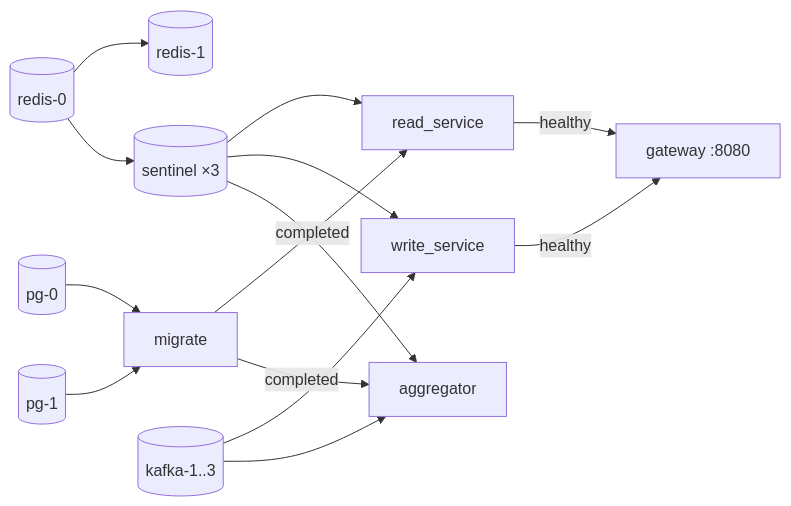
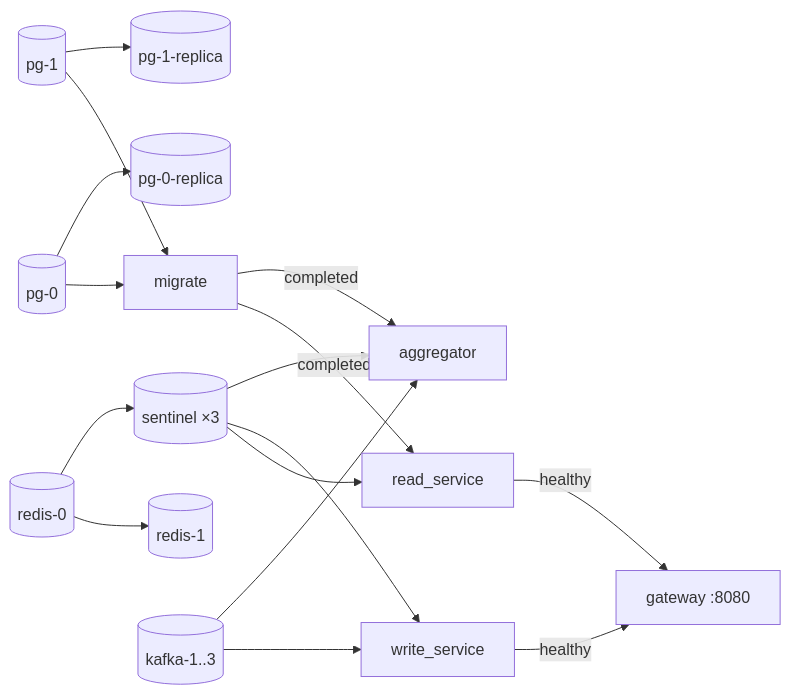
One commit to elitekbtu/highload-backend changed the eighth of 8 diagrams in sis2/README.md. Above: the diagram before and after it, drawn with Mermaid. The commit also changed other lines of this file and 18 other files, not shown here.

````diff
--- a/sis2/README.md
+++ b/sis2/README.md
@@ -269,12 +271,12 @@
 ```mermaid
 flowchart LR
-    pg0[(pg-0)] --> migrate
-    pg1[(pg-1)] --> migrate
+    pg0[(pg-0)] --> migrate & pg0r[(pg-0-replica)]
+    pg1[(pg-1)] --> migrate & pg1r[(pg-1-replica)]
     migrate -- completed --> rs[read_service]
     migrate -- completed --> agg[aggregator]
     redis0[(redis-0)] --> redis1[(redis-1)] & sentinel[(sentinel ×3)]
     sentinel --> rs & ws[write_service] & agg
     kafka[(kafka-1..3)] --> ws & agg
     ws -- healthy --> gw[gateway :8080]
     rs -- healthy --> gw
 ```
````
